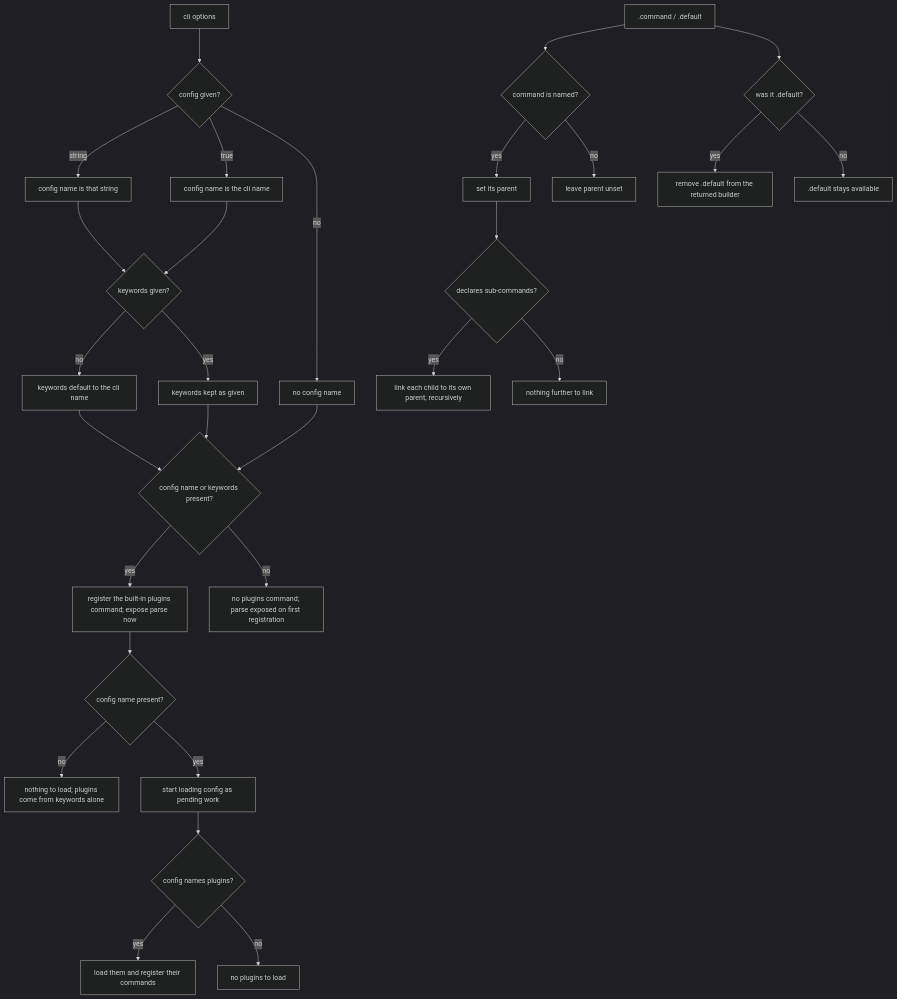
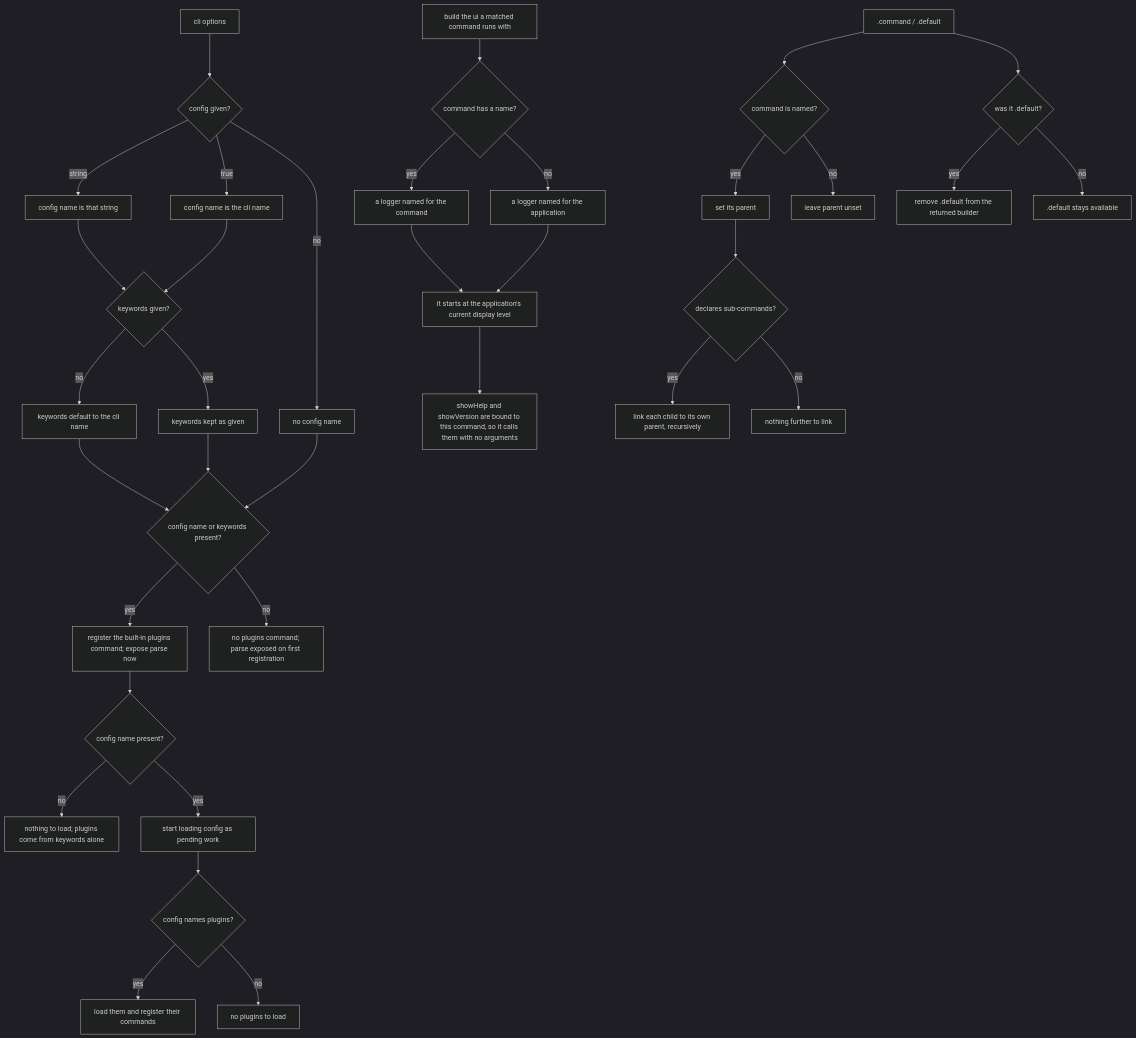
Before and after one commit to clibuilder/clibuilder: the first of 4 diagrams in packages/clibuilder/.agents/spec/execution/README.md, drawn with Mermaid (dark theme). The commit also changed other lines of this file and 1 other file, not shown here.

First line of the commit message:
docs(clibuilder): specify the ui a command runs with

````diff
--- a/packages/clibuilder/.agents/spec/execution/README.md
+++ b/packages/clibuilder/.agents/spec/execution/README.md
@@ -187,30 +188,36 @@
 ```mermaid
 graph TD
   O[cli options] --> CN{config given?}
   CN -- "string" --> CS[config name is that string]
   CN -- "true" --> CT[config name is the cli name]
   CN -- no --> CU[no config name]
   CS --> KW{keywords given?}
   CT --> KW
   KW -- no --> KD[keywords default to the cli name]
   KW -- yes --> KK[keywords kept as given]
   KD --> PL{config name or keywords present?}
   KK --> PL
   CU --> PL
   PL -- yes --> PC[register the built-in plugins command; expose parse now]
   PL -- no --> PN[no plugins command; parse exposed on first registration]
   PC --> LC{config name present?}
+  UIB[build the ui a matched command runs with] --> UIN{command has a name?}
+  UIN -- yes --> UIC[a logger named for the command]
+  UIN -- no --> UIA[a logger named for the application]
+  UIC --> UIL[it starts at the application's current display level]
+  UIA --> UIL
+  UIL --> UIW[showHelp and showVersion are bound to this command, so it calls them with no arguments]
   LC -- no --> NOLOAD[nothing to load; plugins come from keywords alone]
   LC -- yes --> LOAD[start loading config as pending work] --> HASP{config names plugins?}
   HASP -- yes --> LP[load them and register their commands]
   HASP -- no --> NOP2[no plugins to load]
   REG[".command / .default"] --> ADJ{command is named?}
   ADJ -- yes --> PAR[set its parent]
   ADJ -- no --> NOP[leave parent unset]
   PAR --> NEST{declares sub-commands?}
   NEST -- yes --> RECUR[link each child to its own parent, recursively]
   NEST -- no --> DONE[nothing further to link]
   REG --> DEF{"was it .default?"}
   DEF -- yes --> ONCE[remove .default from the returned builder]
   DEF -- no --> KEEP[".default stays available"]
 ```
````
